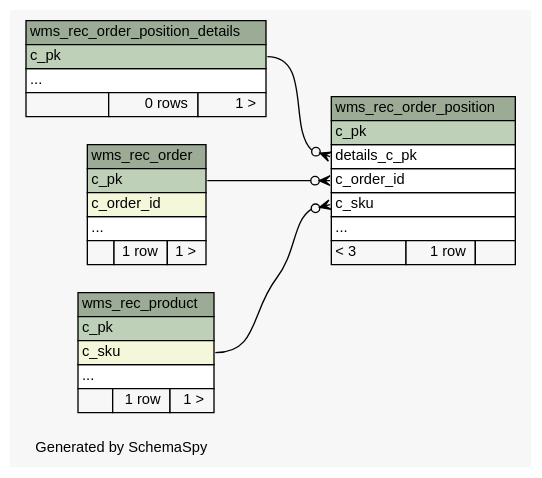
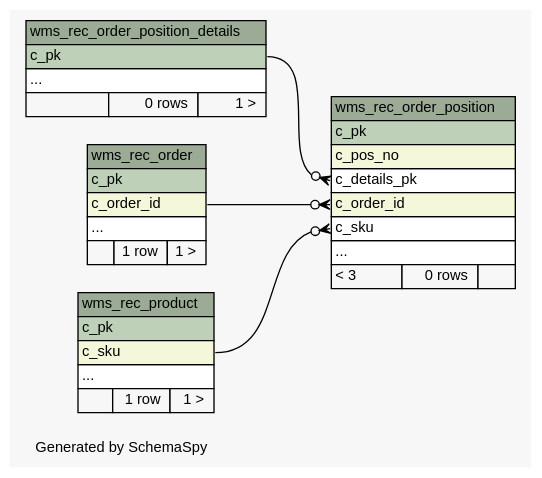
The diagram in schemaspy/diagrams/summary/relationships.real.compact.dot (openwms/org.openwms.wms.receiving.lib), drawn with Graphviz before and after one commit. The commit also changed 200 other files, not shown here.

```diff
--- a/schemaspy/diagrams/summary/relationships.real.compact.dot
+++ b/schemaspy/diagrams/summary/relationships.real.compact.dot
@@ -1,74 +1,75 @@
 // dot 2.36.0 on Linux 4.4.0-101-generic
 // SchemaSpy rev Unknown
 digraph "compactRelationshipsDiagram" {
   graph [
     rankdir="RL"
     bgcolor="#f7f7f7"
     label="\nGenerated by SchemaSpy"
     labeljust="l"
     nodesep="0.18"
     ranksep="0.46"
     fontname="Helvetica"
     fontsize="11"
   ];
   node [
     fontname="Helvetica"
     fontsize="11"
     shape="plaintext"
   ];
   edge [
     arrowsize="0.8"
   ];
   "wms_rec_order" [
     label=<
     <TABLE BORDER="0" CELLBORDER="1" CELLSPACING="0" BGCOLOR="#ffffff">
       <TR><TD COLSPAN="3" BGCOLOR="#9bab96" ALIGN="CENTER">wms_rec_order</TD></TR>
       <TR><TD PORT="c_pk" COLSPAN="3" BGCOLOR="#bed1b8" ALIGN="LEFT">c_pk</TD></TR>
       <TR><TD PORT="c_order_id" COLSPAN="3" BGCOLOR="#f4f7da" ALIGN="LEFT">c_order_id</TD></TR>
       <TR><TD PORT="elipses" COLSPAN="3" ALIGN="LEFT">...</TD></TR>
       <TR><TD ALIGN="LEFT" BGCOLOR="#f7f7f7">  </TD><TD ALIGN="RIGHT" BGCOLOR="#f7f7f7">1 row</TD><TD ALIGN="RIGHT" BGCOLOR="#f7f7f7">1 &gt;</TD></TR>
     </TABLE>>
     URL="tables/wms_rec_order.html"
     tooltip="wms_rec_order"
   ];
   "wms_rec_order_position" [
     label=<
     <TABLE BORDER="0" CELLBORDER="1" CELLSPACING="0" BGCOLOR="#ffffff">
       <TR><TD COLSPAN="3" BGCOLOR="#9bab96" ALIGN="CENTER">wms_rec_order_position</TD></TR>
       <TR><TD PORT="c_pk" COLSPAN="3" BGCOLOR="#bed1b8" ALIGN="LEFT">c_pk</TD></TR>
-      <TR><TD PORT="details_c_pk" COLSPAN="3" ALIGN="LEFT">details_c_pk</TD></TR>
-      <TR><TD PORT="c_order_id" COLSPAN="3" ALIGN="LEFT">c_order_id</TD></TR>
+      <TR><TD PORT="c_pos_no" COLSPAN="3" BGCOLOR="#f4f7da" ALIGN="LEFT">c_pos_no</TD></TR>
+      <TR><TD PORT="c_details_pk" COLSPAN="3" ALIGN="LEFT">c_details_pk</TD></TR>
+      <TR><TD PORT="c_order_id" COLSPAN="3" BGCOLOR="#f4f7da" ALIGN="LEFT">c_order_id</TD></TR>
       <TR><TD PORT="c_sku" COLSPAN="3" ALIGN="LEFT">c_sku</TD></TR>
       <TR><TD PORT="elipses" COLSPAN="3" ALIGN="LEFT">...</TD></TR>
-      <TR><TD ALIGN="LEFT" BGCOLOR="#f7f7f7">&lt; 3</TD><TD ALIGN="RIGHT" BGCOLOR="#f7f7f7">1 row</TD><TD ALIGN="RIGHT" BGCOLOR="#f7f7f7">  </TD></TR>
+      <TR><TD ALIGN="LEFT" BGCOLOR="#f7f7f7">&lt; 3</TD><TD ALIGN="RIGHT" BGCOLOR="#f7f7f7">0 rows</TD><TD ALIGN="RIGHT" BGCOLOR="#f7f7f7">  </TD></TR>
     </TABLE>>
     URL="tables/wms_rec_order_position.html"
     tooltip="wms_rec_order_position"
   ];
   "wms_rec_order_position_details" [
     label=<
     <TABLE BORDER="0" CELLBORDER="1" CELLSPACING="0" BGCOLOR="#ffffff">
       <TR><TD COLSPAN="3" BGCOLOR="#9bab96" ALIGN="CENTER">wms_rec_order_position_details</TD></TR>
       <TR><TD PORT="c_pk" COLSPAN="3" BGCOLOR="#bed1b8" ALIGN="LEFT">c_pk</TD></TR>
       <TR><TD PORT="elipses" COLSPAN="3" ALIGN="LEFT">...</TD></TR>
       <TR><TD ALIGN="LEFT" BGCOLOR="#f7f7f7">  </TD><TD ALIGN="RIGHT" BGCOLOR="#f7f7f7">0 rows</TD><TD ALIGN="RIGHT" BGCOLOR="#f7f7f7">1 &gt;</TD></TR>
     </TABLE>>
     URL="tables/wms_rec_order_position_details.html"
     tooltip="wms_rec_order_position_details"
   ];
   "wms_rec_product" [
     label=<
     <TABLE BORDER="0" CELLBORDER="1" CELLSPACING="0" BGCOLOR="#ffffff">
       <TR><TD COLSPAN="3" BGCOLOR="#9bab96" ALIGN="CENTER">wms_rec_product</TD></TR>
       <TR><TD PORT="c_pk" COLSPAN="3" BGCOLOR="#bed1b8" ALIGN="LEFT">c_pk</TD></TR>
       <TR><TD PORT="c_sku" COLSPAN="3" BGCOLOR="#f4f7da" ALIGN="LEFT">c_sku</TD></TR>
       <TR><TD PORT="elipses" COLSPAN="3" ALIGN="LEFT">...</TD></TR>
       <TR><TD ALIGN="LEFT" BGCOLOR="#f7f7f7">  </TD><TD ALIGN="RIGHT" BGCOLOR="#f7f7f7">1 row</TD><TD ALIGN="RIGHT" BGCOLOR="#f7f7f7">1 &gt;</TD></TR>
     </TABLE>>
     URL="tables/wms_rec_product.html"
     tooltip="wms_rec_product"
   ];
-  "wms_rec_order_position":"c_order_id":w -> "wms_rec_order":"c_pk":e [arrowhead=none dir=back arrowtail=crowodot];
+  "wms_rec_order_position":"c_details_pk":w -> "wms_rec_order_position_details":"c_pk":e [arrowhead=none dir=back arrowtail=crowodot];
+  "wms_rec_order_position":"c_order_id":w -> "wms_rec_order":"c_order_id":e [arrowhead=none dir=back arrowtail=crowodot];
   "wms_rec_order_position":"c_sku":w -> "wms_rec_product":"c_sku":e [arrowhead=none dir=back arrowtail=crowodot];
-  "wms_rec_order_position":"details_c_pk":w -> "wms_rec_order_position_details":"c_pk":e [arrowhead=none dir=back arrowtail=crowodot];
 }
```
